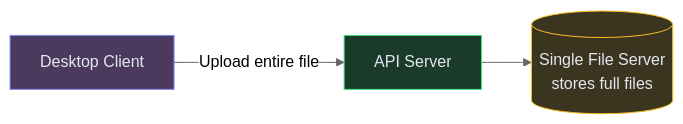
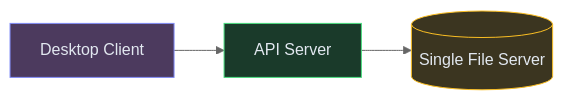
One commit to iluzn/HLD-Designs changed the first of 4 diagrams in content/hld/Dropbox.md. Above: the diagram before and after it, drawn with Mermaid (neutral theme). The commit also changed other lines of this file and 8 other files, not shown here.

````diff
--- a/content/hld/Dropbox.md
+++ b/content/hld/Dropbox.md
@@ -25,13 +23,13 @@
 ```mermaid
 flowchart LR
     CLIENT["Desktop Client"]:::client
     API["API Server"]:::service
-    STORE[("Single File Server<br/>stores full files")]:::data
+    STORE[("Single File Server")]:::data
 
-    CLIENT -->|"Upload entire file"| API
+    CLIENT --> API
     API --> STORE
 
     classDef client fill:#4c3a5e,stroke:#818cf8,color:#e2e8f0
     classDef service fill:#1a3a2a,stroke:#4ade80,color:#e2e8f0
     classDef data fill:#3b3520,stroke:#fbbf24,color:#e2e8f0
 ```
````
